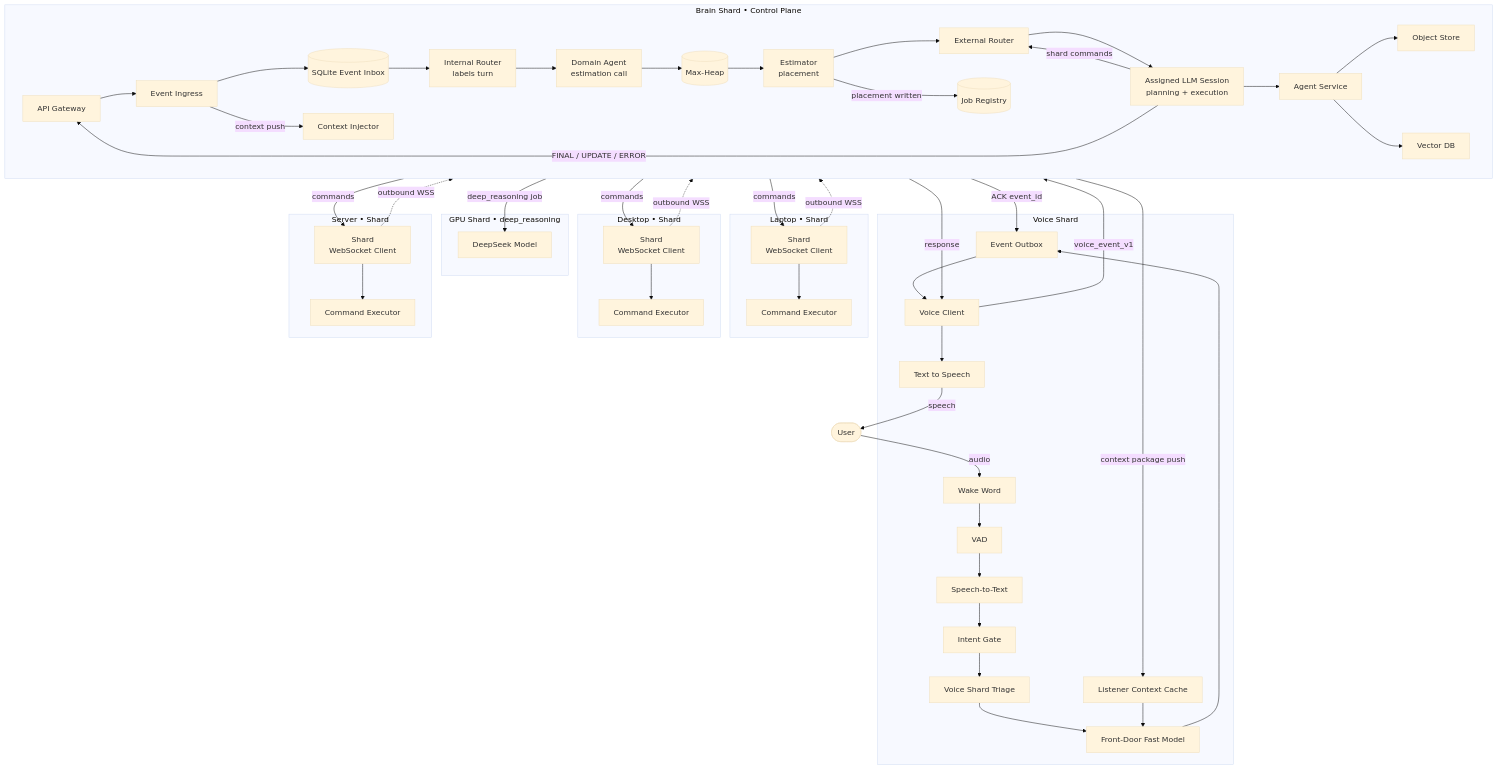
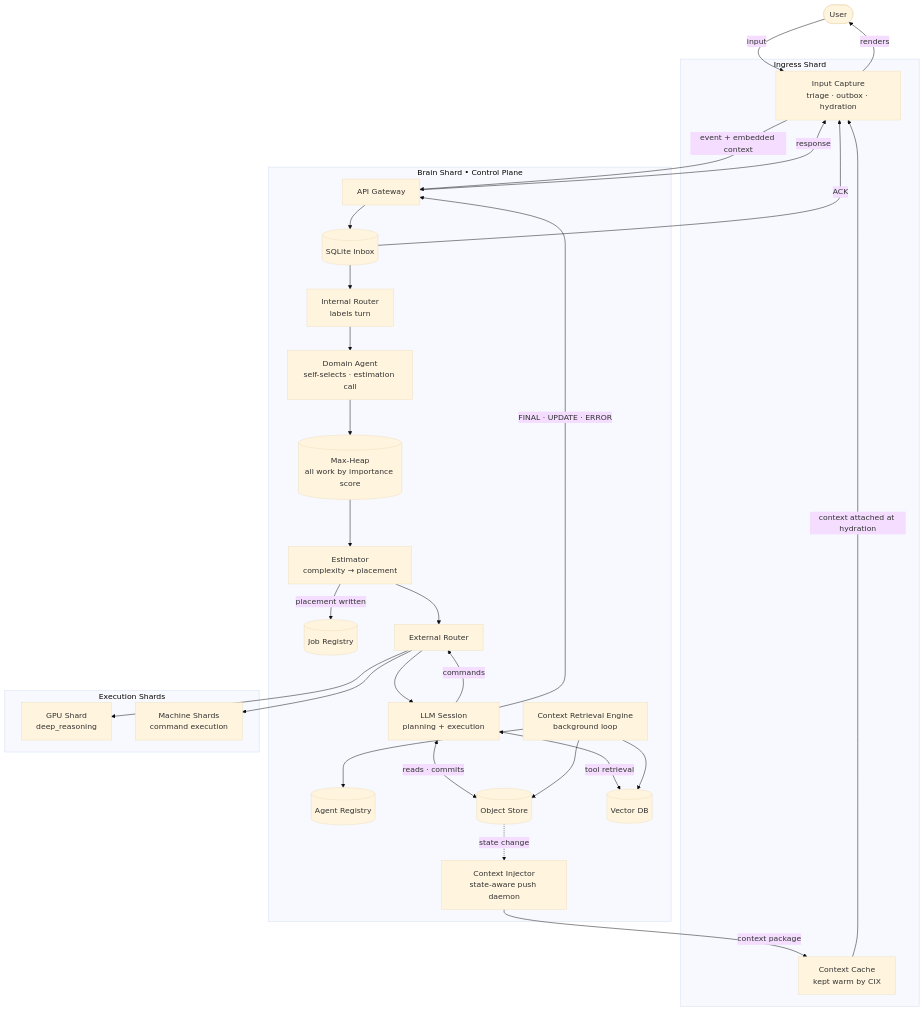
One commit to m-scanlon/tony-stark-was-able-tobuild-this-in-a-cave changed the first of 3 diagrams in docs/arch/v1/scyra.md. Above: the diagram before and after it, drawn with Mermaid (base theme). The commit also changed other lines of this file, not shown here.

````diff
--- a/docs/arch/v1/scyra.md
+++ b/docs/arch/v1/scyra.md
@@ -37,94 +37,59 @@
 ```mermaid
 flowchart TB
-  %% User
   USER([User])
 
-  %% Voice Shard
-  subgraph PI[Voice Shard]
-    WW[Wake Word]
-    VAD[VAD]
-    STT[Speech-to-Text]
-    GATE[Intent Gate]
-    TRIAGE[Voice Shard Triage]
-    LCACHE[Listener Context Cache]
-    FDOOR[Front-Door Fast Model]
-    OBOX[Event Outbox]
-    VCLIENT[Voice Client]
-    TTS[Text to Speech]
-    WW --> VAD --> STT --> GATE --> TRIAGE --> FDOOR
-    LCACHE --> FDOOR
-    FDOOR --> OBOX --> VCLIENT --> TTS
+  subgraph IS[Ingress Shard]
+    ISHARD[Input Capture<br/>triage · outbox · hydration]
+    LCACHE[Context Cache<br/>kept warm by CIX]
   end
 
-  %% Control Plane
-  subgraph CTRL[Brain Shard • Control Plane]
-    direction LR
+  subgraph BRAIN[Brain Shard • Control Plane]
     APIGW[API Gateway]
-    INGRESS[Event Ingress]
-    INBOX[(SQLite Event Inbox)]
+    INBOX[(SQLite Inbox)]
     IRTR[Internal Router<br/>labels turn]
-    DAGENT[Domain Agent<br/>estimation call]
-    HEAP[(Max-Heap)]
-    EST[Estimator<br/>placement]
+    DAGENT[Domain Agent<br/>self-selects · estimation call]
+    HEAP[(Max-Heap<br/>all work by importance score)]
+    EST[Estimator<br/>complexity → placement]
     JOBREG[(Job Registry)]
     ERTR[External Router]
-    SESSION[Assigned LLM Session<br/>planning + execution]
-    CIX[Context Injector]
-    PROJ[Agent Service]
-    OBJ[Object Store]
-    VDB[Vector DB]
+    SESSION[LLM Session<br/>planning + execution]
+    CRE[Context Retrieval Engine<br/>background loop]
+    CIX[Context Injector<br/>state-aware push daemon]
+    AREG[(Agent Registry)]
+    OBJ[(Object Store)]
+    VDB[(Vector DB)]
 
-    APIGW --> INGRESS --> INBOX --> IRTR --> DAGENT --> HEAP --> EST --> ERTR --> SESSION
+    APIGW --> INBOX --> IRTR --> DAGENT --> HEAP --> EST --> ERTR --> SESSION
     EST -->|placement written| JOBREG
-    INGRESS -->|context push| CIX
-    SESSION --> PROJ
-    PROJ --> OBJ
-    PROJ --> VDB
+    SESSION <-->|reads · commits| OBJ
+    SESSION <-->|tool retrieval| VDB
+    CRE --> AREG
+    CRE --> OBJ
+    CRE --> VDB
+    OBJ -.->|state change| CIX
   end
 
-  %% Shards — any device that registers capabilities
-  subgraph GPUSHARD[GPU Shard • deep_reasoning]
-    DEEP[DeepSeek Model]
-  end
-
-  subgraph LAPTOP[Laptop • Shard]
-    LAGENT[Shard\nWebSocket Client]
-    LEXEC[Command Executor]
-    LAGENT --> LEXEC
-  end
-
-  subgraph DESKTOP[Desktop • Shard]
-    DAGENT2[Shard\nWebSocket Client]
-    DEXEC[Command Executor]
-    DAGENT2 --> DEXEC
-  end
-
-  subgraph SERVER[Server • Shard]
-    SAGENT[Shard\nWebSocket Client]
-    SEXEC[Command Executor]
-    SAGENT --> SEXEC
+  subgraph EXEC[Execution Shards]
+    GPU[GPU Shard<br/>deep_reasoning]
+    MACH[Machine Shards<br/>command execution]
   end
 
   %% Request path
-  USER -->|audio| WW
-  VCLIENT -->|voice_event_v1| APIGW
-  INBOX -->|ACK event_id| OBOX
+  USER -->|input| ISHARD
+  LCACHE -->|context attached at hydration| ISHARD
+  ISHARD -->|event + embedded context| APIGW
+  INBOX -->|ACK| ISHARD
 
-  %% Response path
-  SESSION -->|FINAL / UPDATE / ERROR| APIGW
-  APIGW -->|response| VCLIENT
-  TTS -->|speech| USER
+  %% Shard dispatch
+  ERTR --> GPU
+  SESSION -->|commands| ERTR
+  ERTR --> MACH
 
-  %% Shard dispatch (External Router)
-  ERTR -->|deep_reasoning job| DEEP
-  CIX -->|context package push| LCACHE
-  SESSION -->|shard commands| ERTR
-  ERTR -->|commands| LAGENT
-  ERTR -->|commands| DAGENT2
-  ERTR -->|commands| SAGENT
+  %% Response
+  SESSION -->|FINAL · UPDATE · ERROR| APIGW
+  APIGW -->|response| ISHARD
+  ISHARD -->|renders| USER
 
-  %% Secure outbound connections (Shards initiate)
-  LAGENT -.->|outbound WSS| CTRL
-  DAGENT2 -.->|outbound WSS| CTRL
-  SAGENT -.->|outbound WSS| CTRL
+  %% CIX pushes context proactively to ingress shards
+  CIX -->|context package| LCACHE
 ```
````
